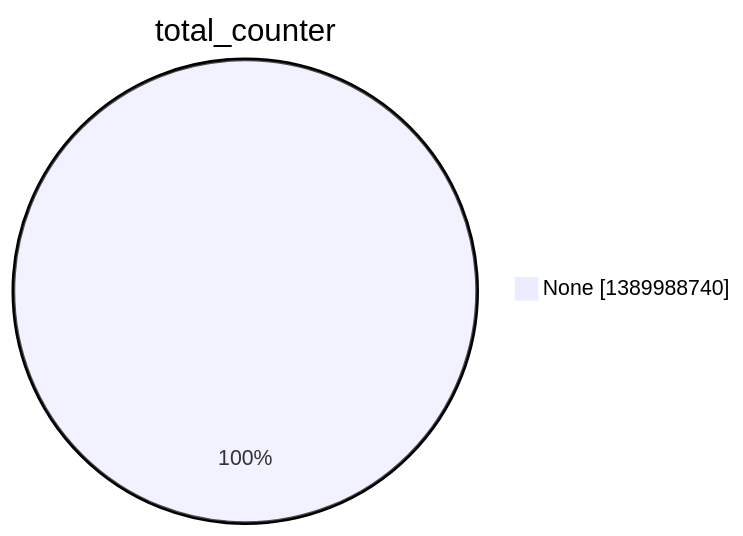
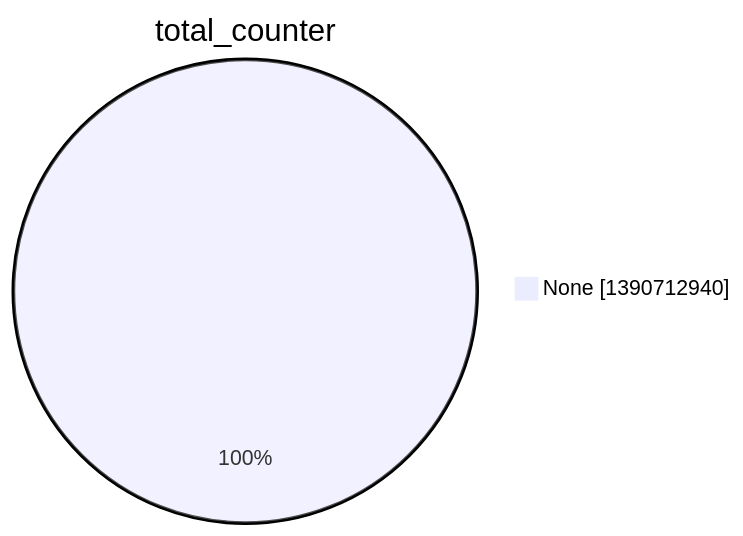
One commit to christiankrug/ctmonitor_visualization changed the second of 15 diagrams in argon2022/README.md. Above: the diagram before and after it, drawn with Mermaid. The commit also changed other lines of this file, not shown here.

````diff
--- a/argon2022/README.md
+++ b/argon2022/README.md
@@ -9,5 +9,5 @@
 ```mermaid
 pie showData
 title total_counter
-"None" :1389988740
+"None" :1390712940
 ```
````
